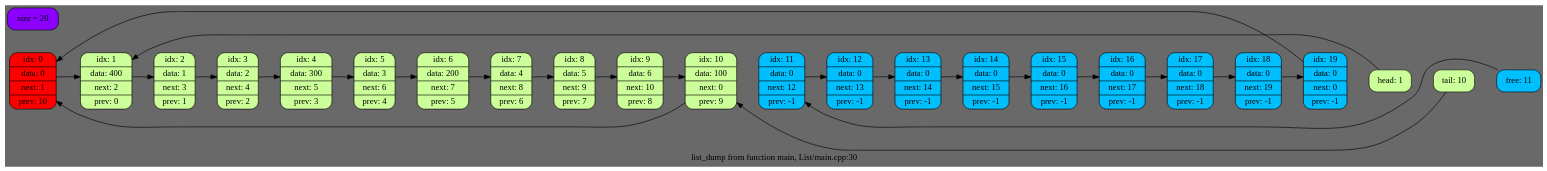
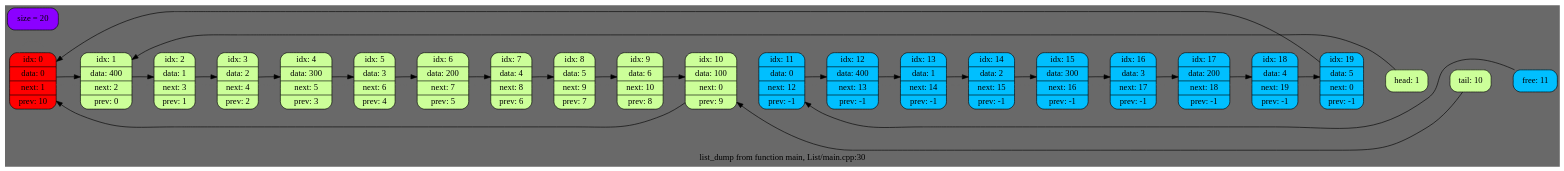
One commit to EntryFrager/Lists changed the diagram in dump.dot. Above: the diagram before and after it, drawn with Graphviz. The commit also changed 3 other files, not shown here.

```diff
--- a/dump.dot
+++ b/dump.dot
@@ -1,53 +1,53 @@
 digraph List {
 	rankdir = LR;
 	node [shape = record];
 	bgcolor = "#696969";
-	0 -> 0 -> 1 -> 2 -> 3 -> 4 -> 5 -> 6 -> 7 -> 8 -> 9 -> 10 -> 11 -> 12 -> 13 -> 14 -> 15 -> 16 -> 17 -> 18 -> 19 -> head -> tail -> free[arrowsize = 0.0, weight = 10000, color = "#696969"];
+	0 -> 0 -> 1 -> 2 -> 3 -> 4 -> 5 -> 6 -> 7 -> 8 -> 9 -> 10 -> 11 -> 12 -> 13 -> 14 -> 15 -> 16 -> 17 -> 18 -> 19 -> head -> tail -> free[arrowsize = 0.0, weight = 10000, color = "#696969", fontname = "Times-New-Roman"];
 	0 [shape = Mrecord, style = filled, fillcolor = "#ff0000", label = "idx: 0 | data: 0 | next: 1 | prev: 10"];
 	1 [shape = Mrecord, style = filled, fillcolor = "#ccff99", label = "idx: 1 | data: 400 | next: 2 | prev: 0"];
 	2 [shape = Mrecord, style = filled, fillcolor = "#ccff99", label = "idx: 2 | data: 1 | next: 3 | prev: 1"];
 	3 [shape = Mrecord, style = filled, fillcolor = "#ccff99", label = "idx: 3 | data: 2 | next: 4 | prev: 2"];
 	4 [shape = Mrecord, style = filled, fillcolor = "#ccff99", label = "idx: 4 | data: 300 | next: 5 | prev: 3"];
 	5 [shape = Mrecord, style = filled, fillcolor = "#ccff99", label = "idx: 5 | data: 3 | next: 6 | prev: 4"];
 	6 [shape = Mrecord, style = filled, fillcolor = "#ccff99", label = "idx: 6 | data: 200 | next: 7 | prev: 5"];
 	7 [shape = Mrecord, style = filled, fillcolor = "#ccff99", label = "idx: 7 | data: 4 | next: 8 | prev: 6"];
 	8 [shape = Mrecord, style = filled, fillcolor = "#ccff99", label = "idx: 8 | data: 5 | next: 9 | prev: 7"];
 	9 [shape = Mrecord, style = filled, fillcolor = "#ccff99", label = "idx: 9 | data: 6 | next: 10 | prev: 8"];
 	10 [shape = Mrecord, style = filled, fillcolor = "#ccff99", label = "idx: 10 | data: 100 | next: 0 | prev: 9"];
 	11 [shape = Mrecord, style = filled, fillcolor = "#00BFFF", label = "idx: 11 | data: 0 | next: 12 | prev: -1"];
-	12 [shape = Mrecord, style = filled, fillcolor = "#00BFFF", label = "idx: 12 | data: 0 | next: 13 | prev: -1"];
-	13 [shape = Mrecord, style = filled, fillcolor = "#00BFFF", label = "idx: 13 | data: 0 | next: 14 | prev: -1"];
-	14 [shape = Mrecord, style = filled, fillcolor = "#00BFFF", label = "idx: 14 | data: 0 | next: 15 | prev: -1"];
-	15 [shape = Mrecord, style = filled, fillcolor = "#00BFFF", label = "idx: 15 | data: 0 | next: 16 | prev: -1"];
-	16 [shape = Mrecord, style = filled, fillcolor = "#00BFFF", label = "idx: 16 | data: 0 | next: 17 | prev: -1"];
-	17 [shape = Mrecord, style = filled, fillcolor = "#00BFFF", label = "idx: 17 | data: 0 | next: 18 | prev: -1"];
-	18 [shape = Mrecord, style = filled, fillcolor = "#00BFFF", label = "idx: 18 | data: 0 | next: 19 | prev: -1"];
-	19 [shape = Mrecord, style = filled, fillcolor = "#00BFFF", label = "idx: 19 | data: 0 | next: 0 | prev: -1"];
+	12 [shape = Mrecord, style = filled, fillcolor = "#00BFFF", label = "idx: 12 | data: 400 | next: 13 | prev: -1"];
+	13 [shape = Mrecord, style = filled, fillcolor = "#00BFFF", label = "idx: 13 | data: 1 | next: 14 | prev: -1"];
+	14 [shape = Mrecord, style = filled, fillcolor = "#00BFFF", label = "idx: 14 | data: 2 | next: 15 | prev: -1"];
+	15 [shape = Mrecord, style = filled, fillcolor = "#00BFFF", label = "idx: 15 | data: 300 | next: 16 | prev: -1"];
+	16 [shape = Mrecord, style = filled, fillcolor = "#00BFFF", label = "idx: 16 | data: 3 | next: 17 | prev: -1"];
+	17 [shape = Mrecord, style = filled, fillcolor = "#00BFFF", label = "idx: 17 | data: 200 | next: 18 | prev: -1"];
+	18 [shape = Mrecord, style = filled, fillcolor = "#00BFFF", label = "idx: 18 | data: 4 | next: 19 | prev: -1"];
+	19 [shape = Mrecord, style = filled, fillcolor = "#00BFFF", label = "idx: 19 | data: 5 | next: 0 | prev: -1"];
 	head [shape = Mrecord, style = filled, fillcolor = "#ccff99", label = "head: 1"];
 	tail [shape = Mrecord, style = filled, fillcolor = "#ccff99", label = "tail: 10"];
 	free [shape = Mrecord, style = filled, fillcolor = "#00BFFF", label = "free: 11"];
 	0 -> 1
 	1 -> 2
 	2 -> 3
 	3 -> 4
 	4 -> 5
 	5 -> 6
 	6 -> 7
 	7 -> 8
 	8 -> 9
 	9 -> 10
 	10 -> 0
 	11 -> 12
 	12 -> 13
 	13 -> 14
 	14 -> 15
 	15 -> 16
 	16 -> 17
 	17 -> 18
 	18 -> 19
 	19 -> 0
 	head -> 1
 	tail -> 10
 	free -> 11
 	label = "list_dump from function main, List/main.cpp:30";
 	All[shape = Mrecord, style = filled, fillcolor = "#8B00FF", label = "size = 20"];}
```
